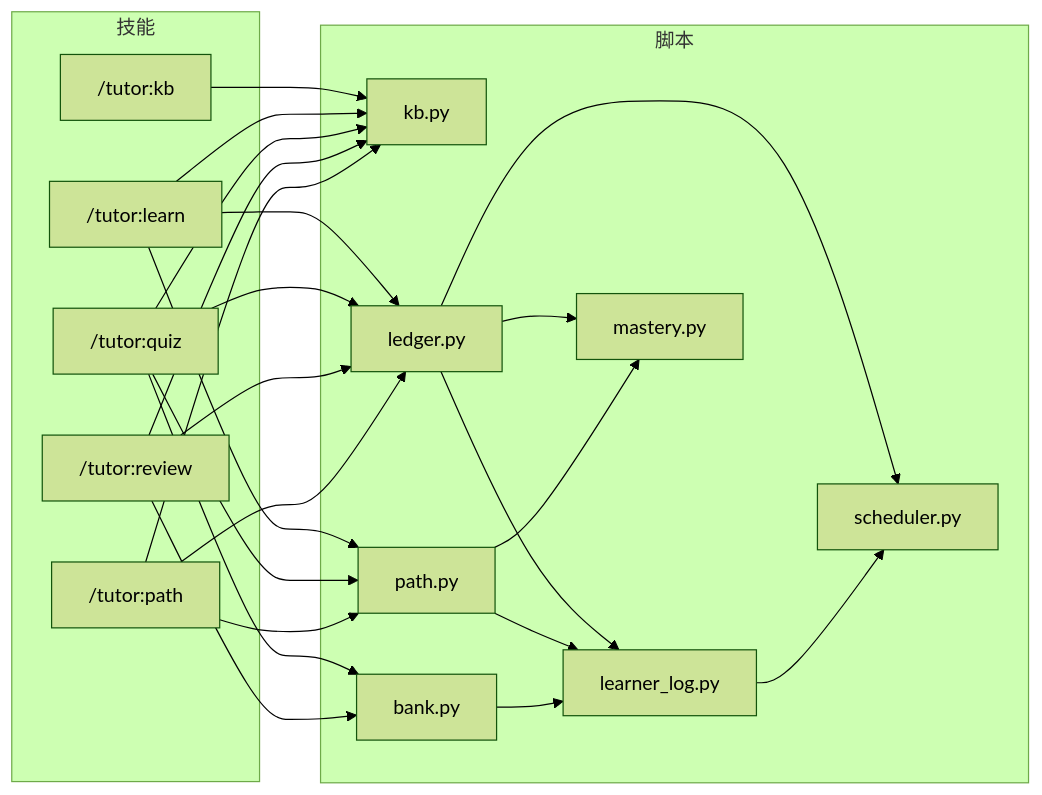
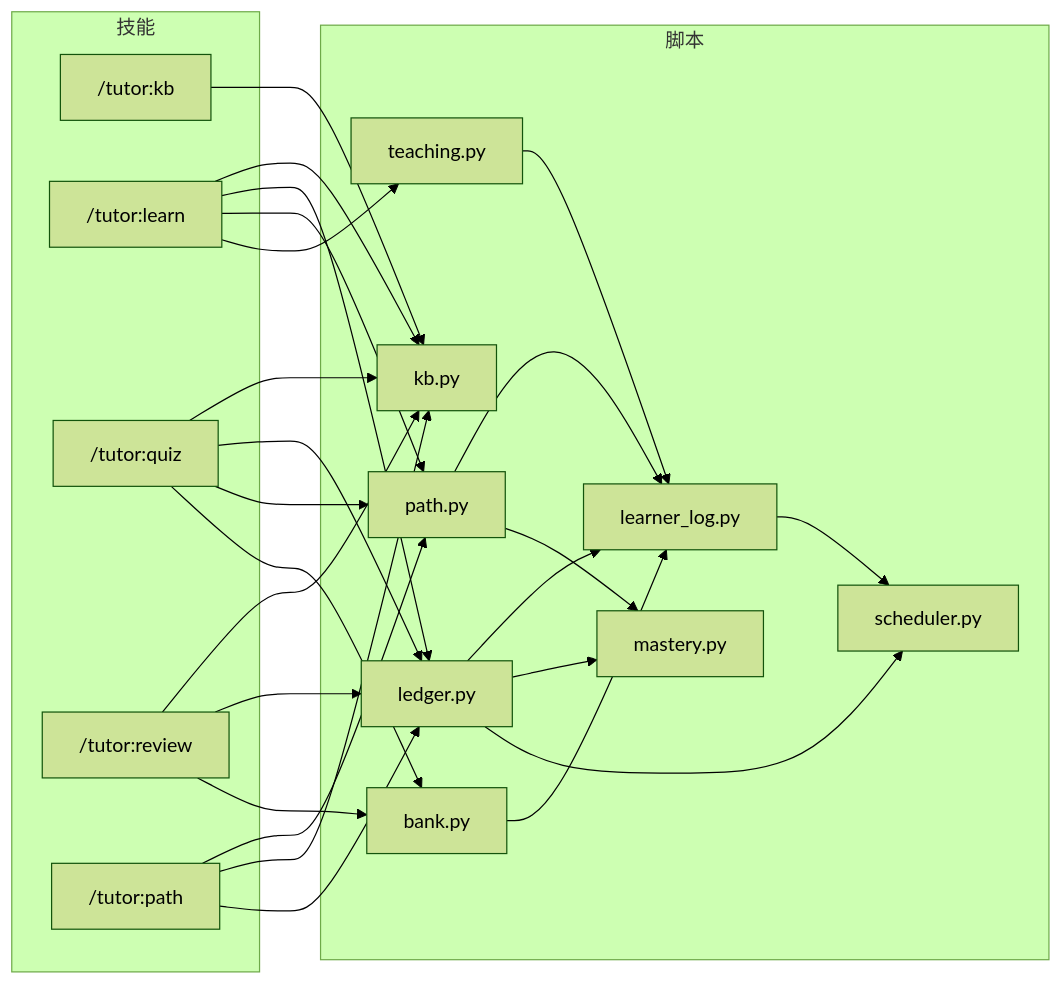
One commit to Huangyu-Shen/deep-tutor-with-claude-code changed the diagram in docs/code-wiki/04-dependencies.md. Above: the diagram before and after it, drawn with Mermaid (forest theme). The commit also changed other lines of this file and 6 other files, not shown here.

````diff
--- a/docs/code-wiki/04-dependencies.md
+++ b/docs/code-wiki/04-dependencies.md
@@ -7,43 +7,46 @@
 ```mermaid
 graph LR
   subgraph Skills["技能"]
     SKB["/tutor:kb"]
     SL["/tutor:learn"]
     SQ["/tutor:quiz"]
     SR["/tutor:review"]
     SP["/tutor:path"]
   end
 
   subgraph Scripts["脚本"]
     KBPY["kb.py"]
     LEDGER["ledger.py"]
     PATHPY["path.py"]
     BANK["bank.py"]
+    TEACH["teaching.py"]
     LOG["learner_log.py"]
     MAST["mastery.py"]
     SCH["scheduler.py"]
   end
 
   SKB --> KBPY
   SL --> KBPY
   SL --> LEDGER
   SL --> PATHPY
+  SL --> TEACH
   SQ --> KBPY
   SQ --> LEDGER
   SQ --> PATHPY
   SQ --> BANK
   SR --> KBPY
   SR --> LEDGER
   SR --> BANK
   SP --> PATHPY
   SP --> KBPY
   SP --> LEDGER
 
   LEDGER --> LOG
   LEDGER --> MAST
   LEDGER --> SCH
   PATHPY --> LOG
   PATHPY --> MAST
   BANK --> LOG
+  TEACH --> LOG
   LOG --> SCH
 ```
````
